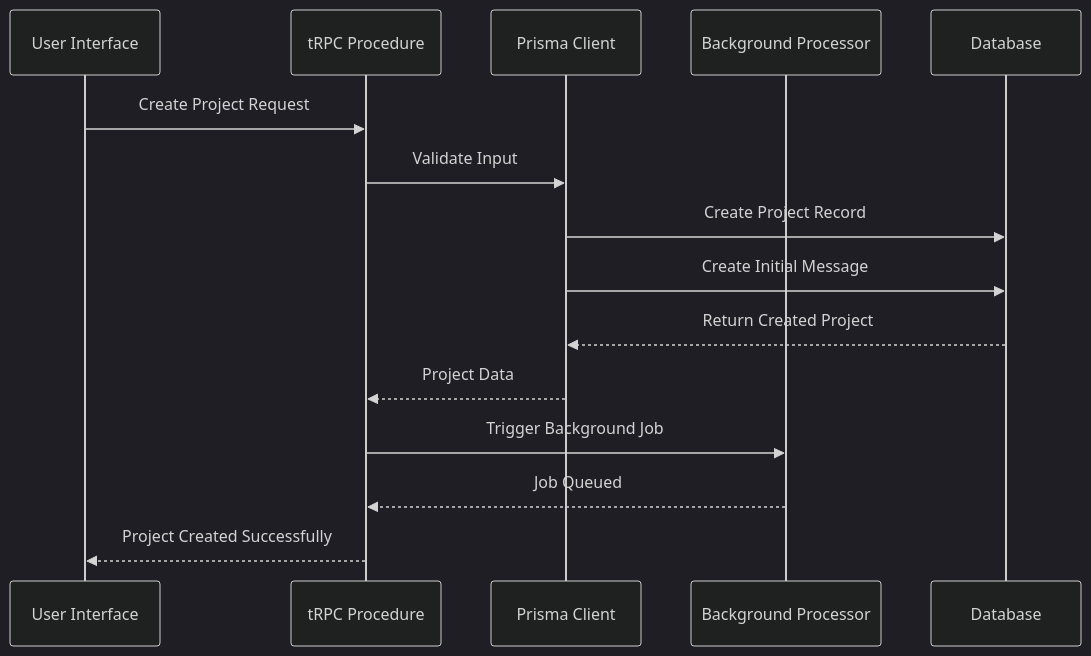
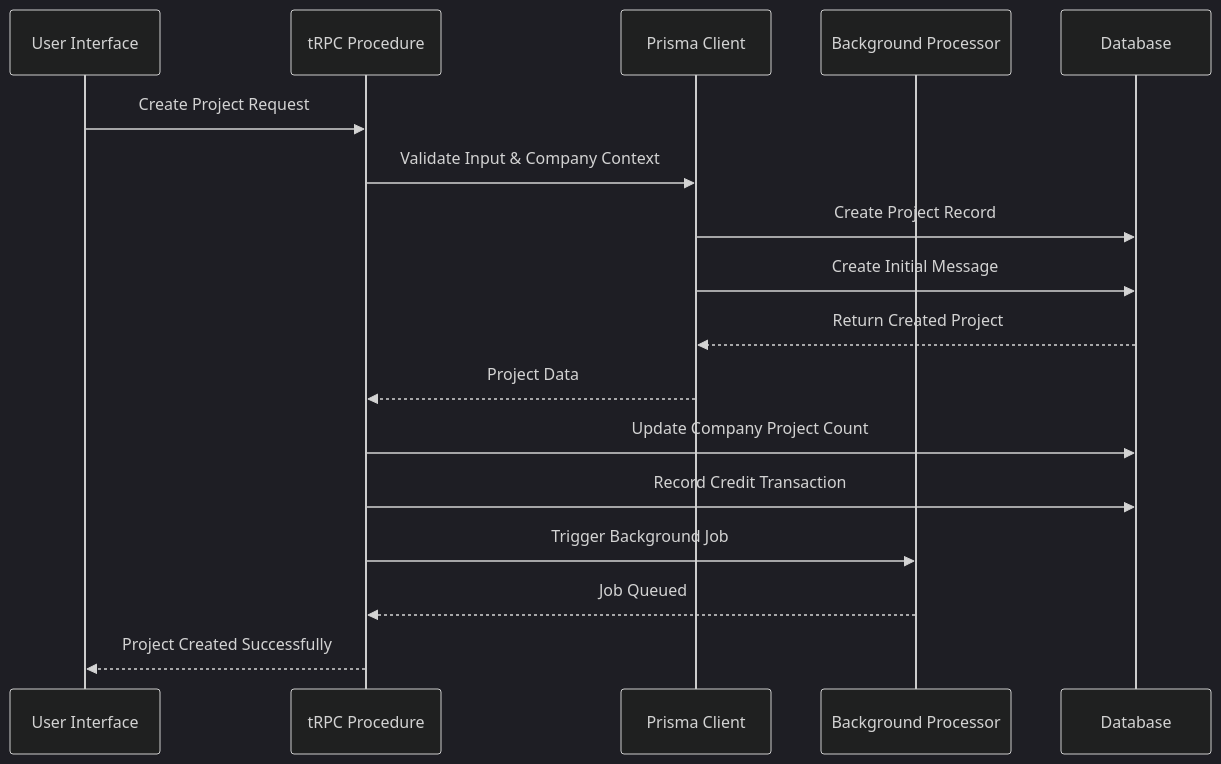
One commit to roisulimani/qai changed the third of 4 diagrams in .qoder/repowiki/en/content/Data Models & Schema Design/Project Model.md. Above: the diagram before and after it, drawn with Mermaid (dark theme). The commit also changed other lines of this file and 4 other files, not shown here.

First line of the commit message:
docs(company-credit): add comprehensive documentation for company credit system

````diff
--- a/.qoder/repowiki/en/content/Data Models & Schema Design/Project Model.md
+++ b/.qoder/repowiki/en/content/Data Models & Schema Design/Project Model.md
@@ -539,17 +627,19 @@
 ```mermaid
 sequenceDiagram
 participant User as User Interface
 participant tRPC as tRPC Procedure
 participant Prisma as Prisma Client
 participant Inngest as Background Processor
 participant DB as Database
 User->>tRPC : Create Project Request
-tRPC->>Prisma : Validate Input
+tRPC->>Prisma : Validate Input & Company Context
 Prisma->>DB : Create Project Record
 Prisma->>DB : Create Initial Message
 DB-->>Prisma : Return Created Project
 Prisma-->>tRPC : Project Data
+tRPC->>DB : Update Company Project Count
+tRPC->>DB : Record Credit Transaction
 tRPC->>Inngest : Trigger Background Job
 Inngest-->>tRPC : Job Queued
 tRPC-->>User : Project Created Successfully
 ```
````
